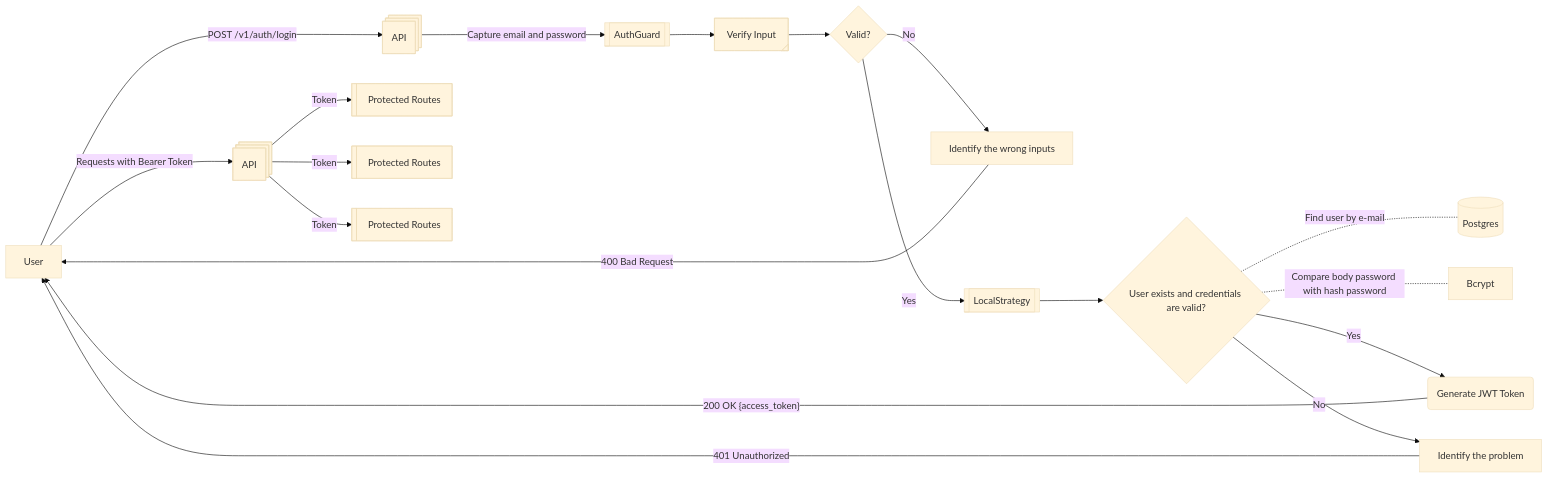
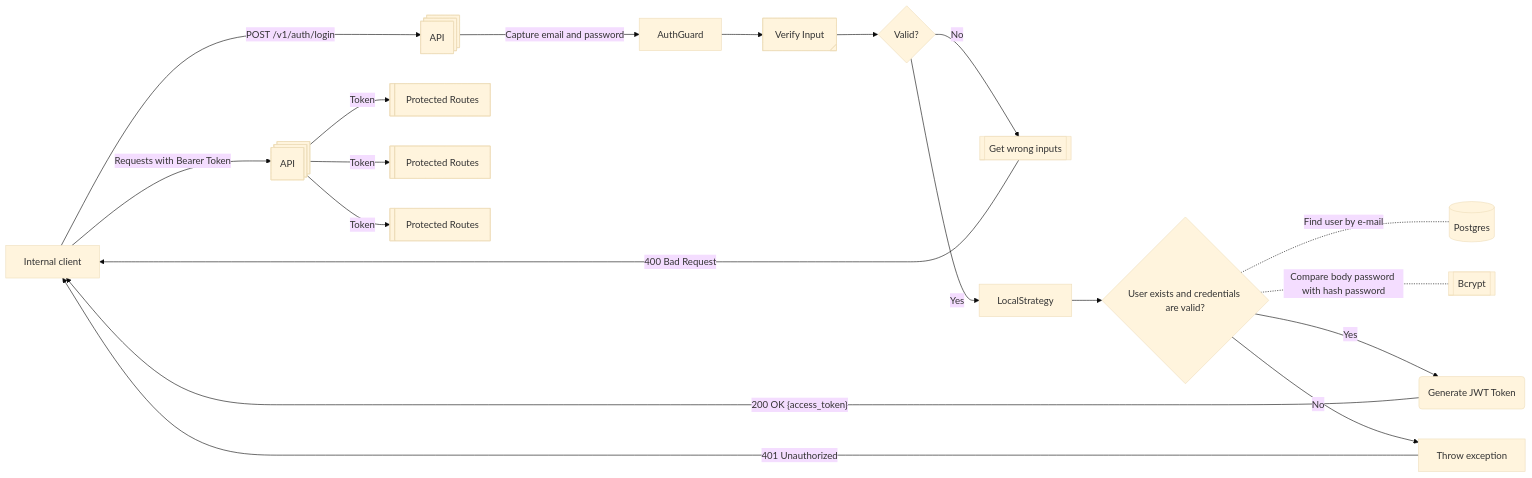
The diagram in README.md (laboratorio-de-praticas/autenticacao-be), drawn with Mermaid (base theme) before and after one commit. The commit also changed other lines of this file, not shown here.

````diff
--- a/README.md
+++ b/README.md
@@ -124,34 +140,34 @@
  ```mermaid
 flowchart LR
-    A["User"] -- POST /v1/auth/login ---> rectId["API"]
+    A["Internal client"] -- POST /v1/auth/login ---> rectId["API"]
     A -- Requests with Bearer Token --> paraRevId["API"]
     paraRevId -- Token --> route["Protected Routes"] & route1["Protected Routes"] & route3["Protected Routes"]
     rectId -- Capture email and password --> B["AuthGuard"]
     B --> n1["Verify Input"]
     n1 --> decisionId{"Valid?"}
-    decisionId -- No --> E["Identify the wrong inputs"]
+    decisionId -- No --> E["Get wrong inputs"]
     decisionId -- Yes --> D["LocalStrategy"]
     D --> hexId["User exists and credentials are valid?"]
     hexId -. "Find user by e-mail" .- db["Postgres"]
     hexId -. Compare body password with hash password .- n3["Bcrypt"]
     hexId -- Yes --> dbId["Generate JWT Token"]
-    hexId -- No --> doubleCircleId["Identify the problem"]
+    hexId -- No --> doubleCircleId["Throw exception"]
     E -- 400 Bad Request --> A
     doubleCircleId -- 401 Unauthorized --> A
     dbId -- 200 OK {access_token} --> A
 
     rectId@{ shape: procs}
     paraRevId@{ shape: procs}
     route@{ shape: lin-proc}
     route1@{ shape: lin-proc}
     route3@{ shape: lin-proc}
-    B@{ shape: subproc}
+    B@{ shape: proc}
     n1@{ shape: tag-proc}
-    E@{ shape: proc}
-    D@{ shape: subproc}
+    E@{ shape: subproc}
+    D@{ shape: proc}
     hexId@{ shape: diam}
     db@{ shape: db}
-    n3@{ shape: proc}
+    n3@{ shape: subproc}
     dbId@{ shape: rounded}
     doubleCircleId@{ shape: rect}
 ```
````
